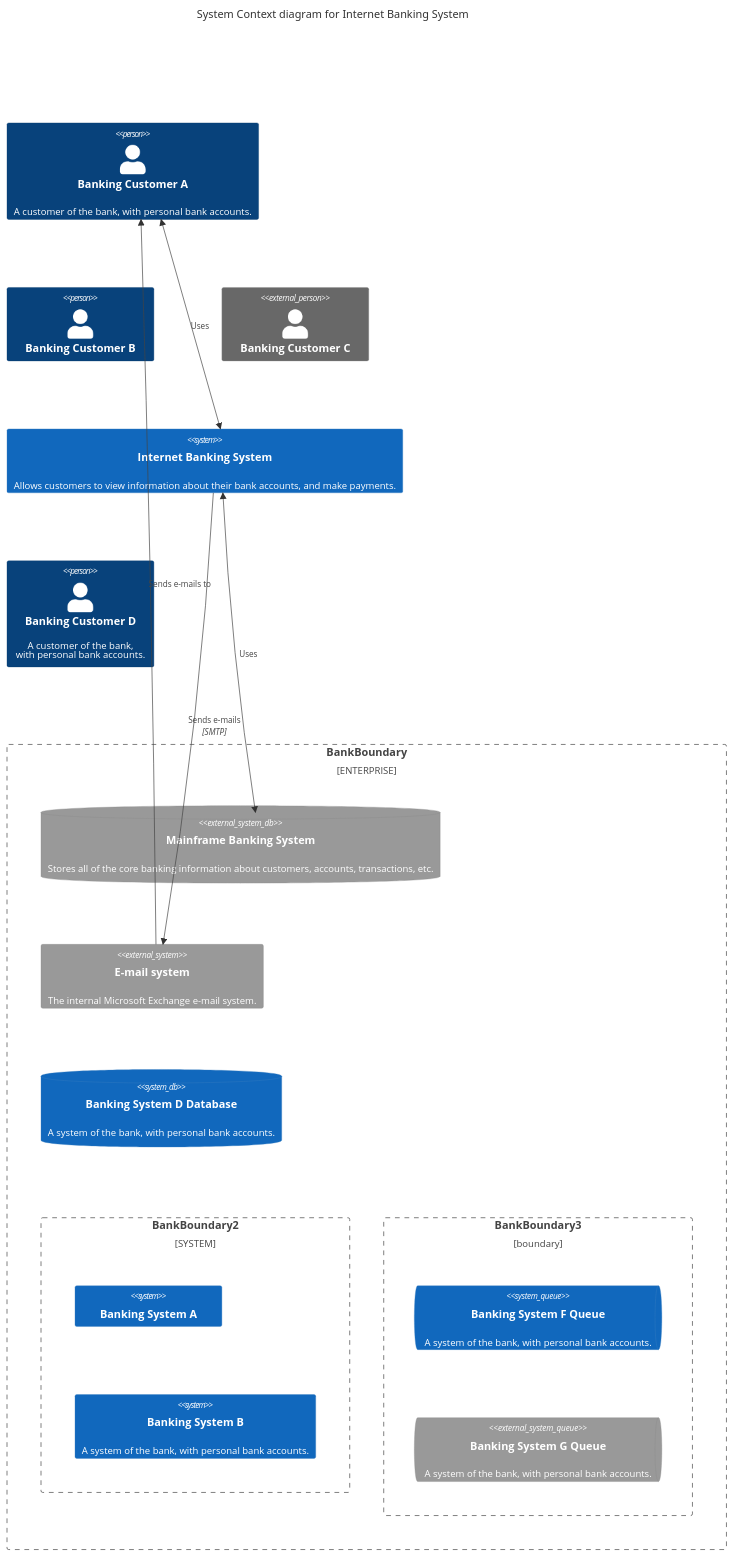
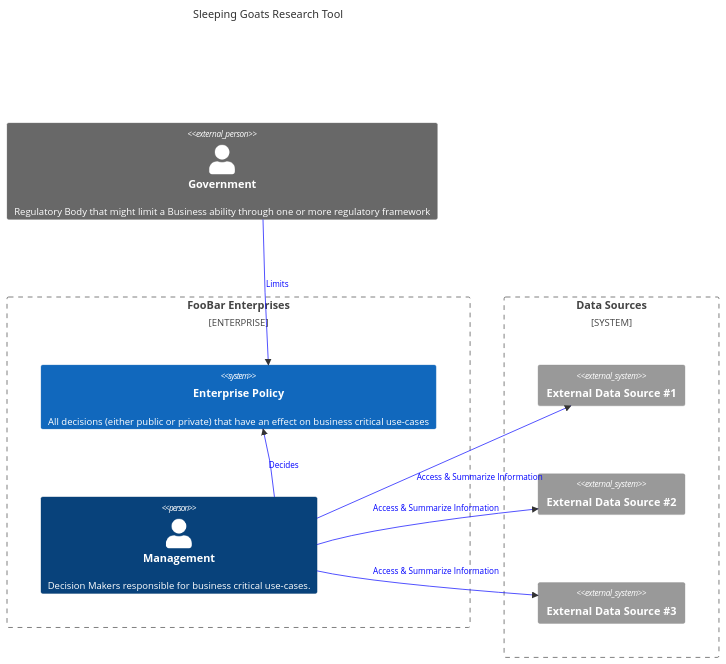
The first of 3 diagrams in README.md (Sleeping-Goats/main), drawn with Mermaid before and after one commit. The commit also changed other lines of this file and 14 other files, not shown here.

````diff
--- a/README.md
+++ b/README.md
@@ -3,34 +13,28 @@
 ```mermaid
 C4Context
-title System Context diagram for Internet Banking System
+    title Sleeping Goats Research Tool
+    Person_Ext(gGovernment, "Government", "Regulatory Body that might limit a Business ability through one or more regulatory framework")
 
-Person(customerA, "Banking Customer A", "A customer of the bank, with personal bank accounts.")
-Person(customerB, "Banking Customer B")
-Person_Ext(customerC, "Banking Customer C")
-System(SystemAA, "Internet Banking System", "Allows customers to view information about their bank accounts, and make payments.")
+    Enterprise_Boundary(b1, "FooBar Enterprises") {
+        System(sPolicy, "Enterprise Policy", "All decisions (either public or private) that have an effect on business critical use-cases")
+        Person(pManager, "Management", "Decision Makers responsible for business critical use-cases.")
+    }
 
-Person(customerD, "Banking Customer D", "A customer of the bank, <br/> with personal bank accounts.")
+    System_Boundary(b3, "Data Sources") {
+        System_Ext(s1, "External Data Source #1")
+        System_Ext(s2, "External Data Source #2")
+        System_Ext(s3, "External Data Source #3")
+        Rel(pManager, s1, "Access & Summarize Information")
+        UpdateRelStyle(pManager, s1, $textColor="blue", $lineColor="blue", $offsetY="20", $offsetX="-40")
+        Rel(pManager, s2, "Access & Summarize Information")
+        UpdateRelStyle(pManager, s2, $textColor="blue", $lineColor="blue", $offsetY="-30", $offsetX="-80")
+        Rel(pManager, s3, "Access & Summarize Information")
+        UpdateRelStyle(pManager, s3, $textColor="blue", $lineColor="blue", $offsetY="-20", $offsetX="-80")
+    }
 
-Enterprise_Boundary(b1, "BankBoundary") {
+    Rel(gGovernment, sPolicy, "Limits")
+    UpdateRelStyle(gGovernment, sPolicy, $textColor="blue", $lineColor="blue", $offsetY="-15")
+    Rel(pManager, sPolicy, "Decides")
+    UpdateRelStyle(pManager, sPolicy, $textColor="blue", $lineColor="blue")
 
-  SystemDb_Ext(SystemE, "Mainframe Banking System", "Stores all of the core banking information about customers, accounts, transactions, etc.")
-
-  System_Boundary(b2, "BankBoundary2") {
-    System(SystemA, "Banking System A")
-    System(SystemB, "Banking System B", "A system of the bank, with personal bank accounts.")
-  }
-
-  System_Ext(SystemC, "E-mail system", "The internal Microsoft Exchange e-mail system.")
-  SystemDb(SystemD, "Banking System D Database", "A system of the bank, with personal bank accounts.")
-
-  Boundary(b3, "BankBoundary3", "boundary") {
-    SystemQueue(SystemF, "Banking System F Queue", "A system of the bank, with personal bank accounts.")
-    SystemQueue_Ext(SystemG, "Banking System G Queue", "A system of the bank, with personal bank accounts.")
-  }
-}
-
-BiRel(customerA, SystemAA, "Uses")
-BiRel(SystemAA, SystemE, "Uses")
-Rel(SystemAA, SystemC, "Sends e-mails", "SMTP")
-Rel(SystemC, customerA, "Sends e-mails to")
 ```
````
